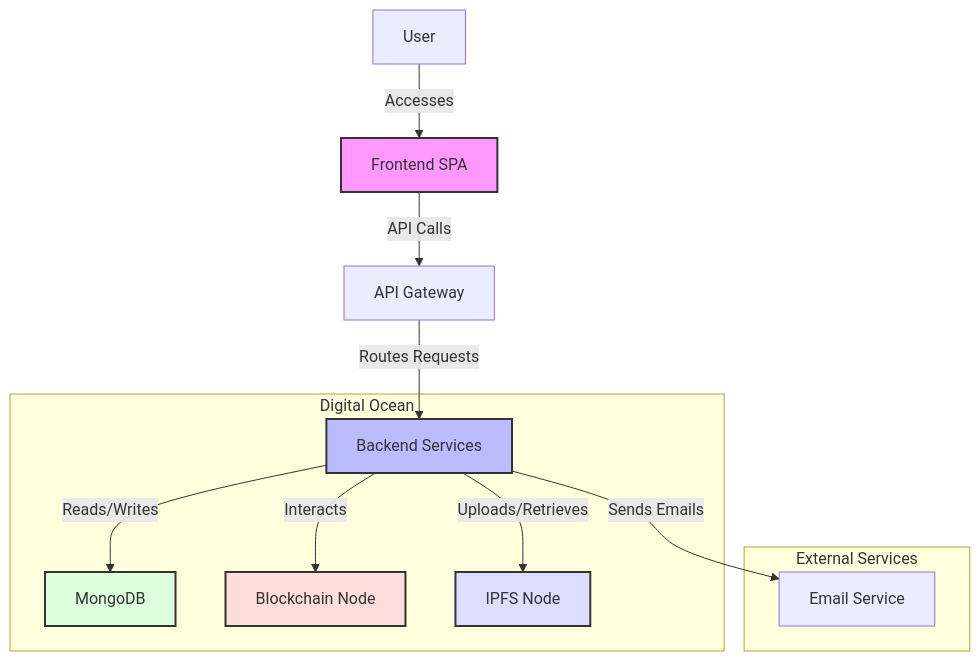
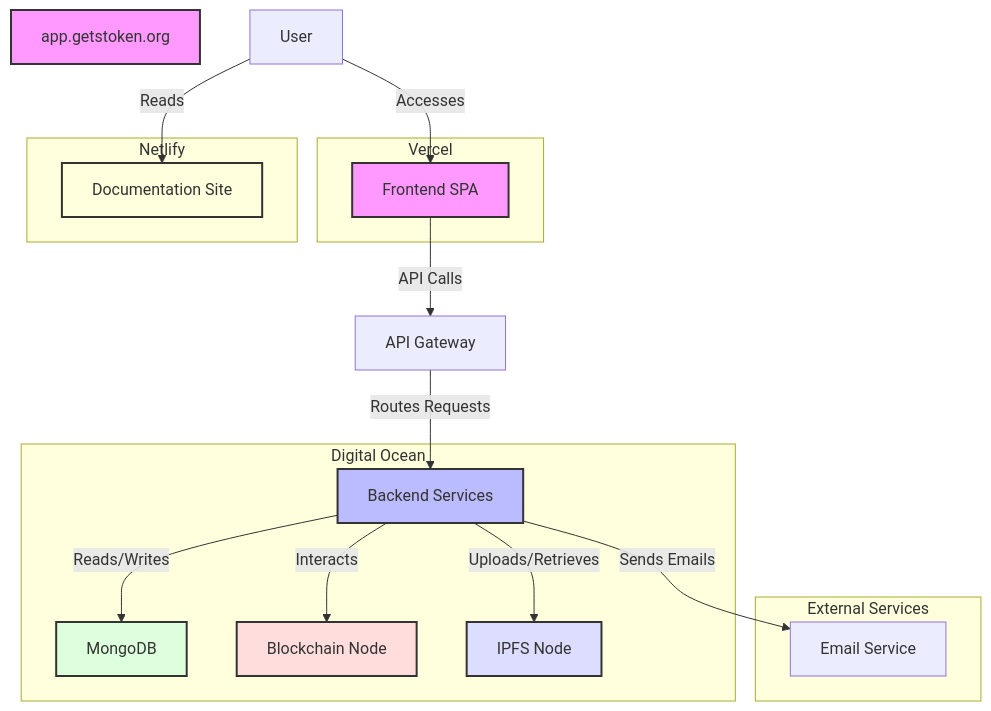
Before and after one commit to getsmart-token/gs_help_int: the second of 2 diagrams in content/en/docs/Deployment/internet_architecture.md, drawn with Mermaid. The commit also changed other lines of this file, not shown here.

Commit message:
updated diagrams of IA

````diff
--- a/content/en/docs/Deployment/internet_architecture.md
+++ b/content/en/docs/Deployment/internet_architecture.md
@@ -10,29 +28,33 @@
 ```mermaid
 graph TD
+    title[app.getstoken.org]
+    style title fill:#f9f,stroke:#333,stroke-width:2px
+
     A[User] -->|Accesses| B[Frontend SPA]
+    A -->|Reads| I[Documentation Site]
     B -->|API Calls| C[API Gateway]
     C -->|Routes Requests| D[Backend Services]
-    
     subgraph "Digital Ocean"
-    D -->|Reads/Writes| E[MongoDB]
-    D -->|Interacts| F[Blockchain Node]
-    D -->|Uploads/Retrieves| G[IPFS Node]
+        D -->|Reads/Writes| E[MongoDB]
+        D -->|Interacts| F[Blockchain Node]
+        D -->|Uploads/Retrieves| G[IPFS Node]
     end
-    
     subgraph "External Services"
-    F
-    G
-    H[Email Service]
+        F
+        G
+        H[Email Service]
     end
-    
     D -->|Sends Emails| H
-
+    subgraph "Vercel"
+        B
+    end
+    subgraph "Netlify"
+        I
+    end
     style B fill:#f9f,stroke:#333,stroke-width:2px
     style D fill:#bbf,stroke:#333,stroke-width:2px
     style E fill:#dfd,stroke:#333,stroke-width:2px
     style F fill:#fdd,stroke:#333,stroke-width:2px
     style G fill:#ddf,stroke:#333,stroke-width:2px
-
-
-
+    style I fill:#ffd,stroke:#333,stroke-width:2px
 ```
````
